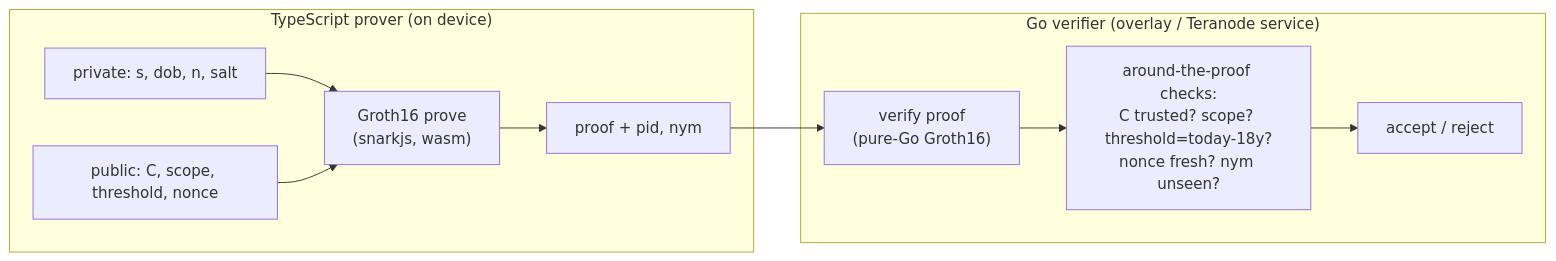
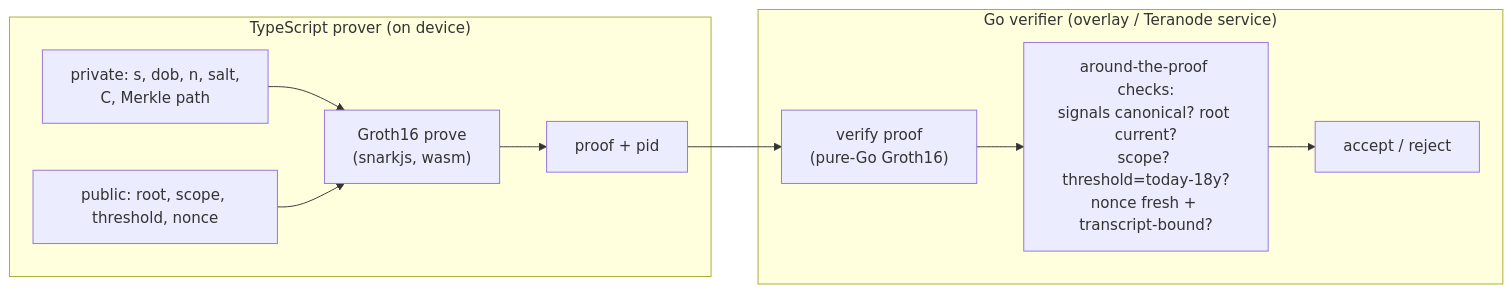
Before and after one commit to bsv-blockchain/identity: the diagram in zk-proofs-and-poc.md, drawn with Mermaid. The commit also changed other lines of this file and 4 other files, not shown here.

````diff
--- a/zk-proofs-and-poc.md
+++ b/zk-proofs-and-poc.md
@@ -42,13 +45,13 @@
 ```mermaid
 flowchart LR
   subgraph Wallet["TypeScript prover (on device)"]
-    W["private: s, dob, n, salt"] --> P["Groth16 prove<br/>(snarkjs, wasm)"]
-    PUB["public: C, scope, threshold, nonce"] --> P
-    P --> PR["proof + pid, nym"]
+    W["private: s, dob, n, salt,<br/>C, Merkle path"] --> P["Groth16 prove<br/>(snarkjs, wasm)"]
+    PUB["public: root, scope, threshold, nonce"] --> P
+    P --> PR["proof + pid"]
   end
   subgraph Server["Go verifier (overlay / Teranode service)"]
     PR --> V["verify proof<br/>(pure-Go Groth16)"]
-    V --> CK["around-the-proof checks:<br/>C trusted? scope? threshold=today-18y?<br/>nonce fresh? nym unseen?"]
+    V --> CK["around-the-proof checks:<br/>signals canonical? root current?<br/>scope? threshold=today-18y?<br/>nonce fresh + transcript-bound?"]
     CK --> OK["accept / reject"]
   end
 ```
````
